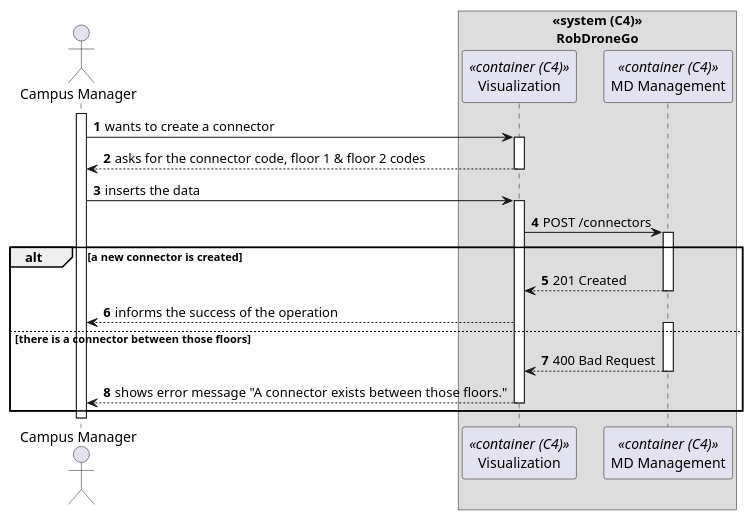
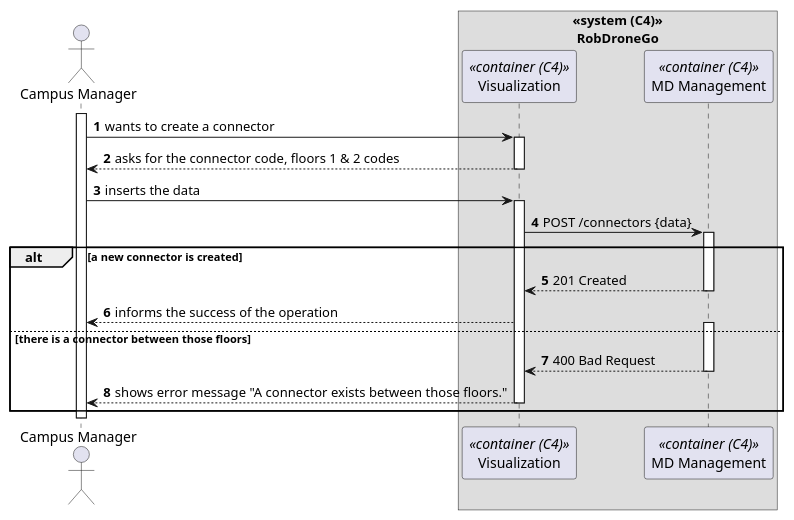
The diagram in _wiki/sprint-b/us33-1170/views/level-2/process-view.puml (miseEnPlace-dev/lapr5), drawn with PlantUML before and after one commit. The commit also changed 1 other file, not shown here.

```diff
--- a/_wiki/sprint-b/us33-1170/views/level-2/process-view.puml
+++ b/_wiki/sprint-b/us33-1170/views/level-2/process-view.puml
@@ -1,42 +1,42 @@
 @startuml process-view
 autonumber
 skinparam DefaultTextAlignment<<center>> center
 
 actor CM as "Campus Manager"
 
 box "«system (C4)»\nRobDroneGo" <<center>>
   participant UI as "Visualization" <<container (C4)>>
   participant MD as "MD Management" <<container (C4)>>
 end box
 
 activate CM
 
 CM -> UI : wants to create a connector
 activate UI
 
-CM <-- UI : asks for the connector code, floor 1 & floor 2 codes
+CM <-- UI : asks for the connector code, floors 1 & 2 codes
 deactivate UI
 
 CM -> UI : inserts the data
 activate UI
 
-UI -> MD : POST /connectors
+UI -> MD : POST /connectors {data}
 activate MD
 
 alt a new connector is created
   UI <-- MD : 201 Created
   deactivate MD
 
   CM <-- UI : informs the success of the operation
 else there is a connector between those floors
   activate MD
   UI <-- MD : 400 Bad Request
   deactivate MD
 
   CM <-- UI : shows error message "A connector exists between those floors."
   deactivate UI
 end
 
 deactivate CM
 
 @enduml
```
